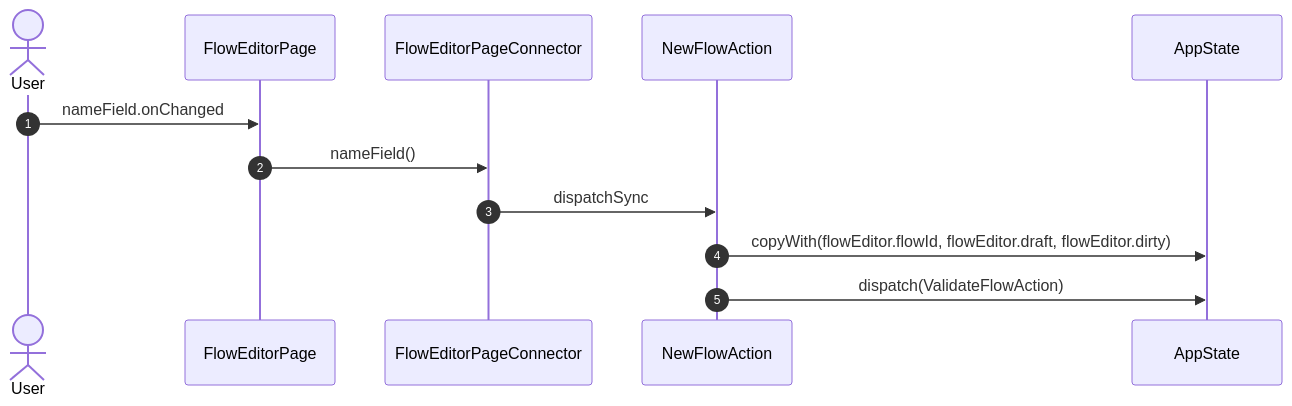
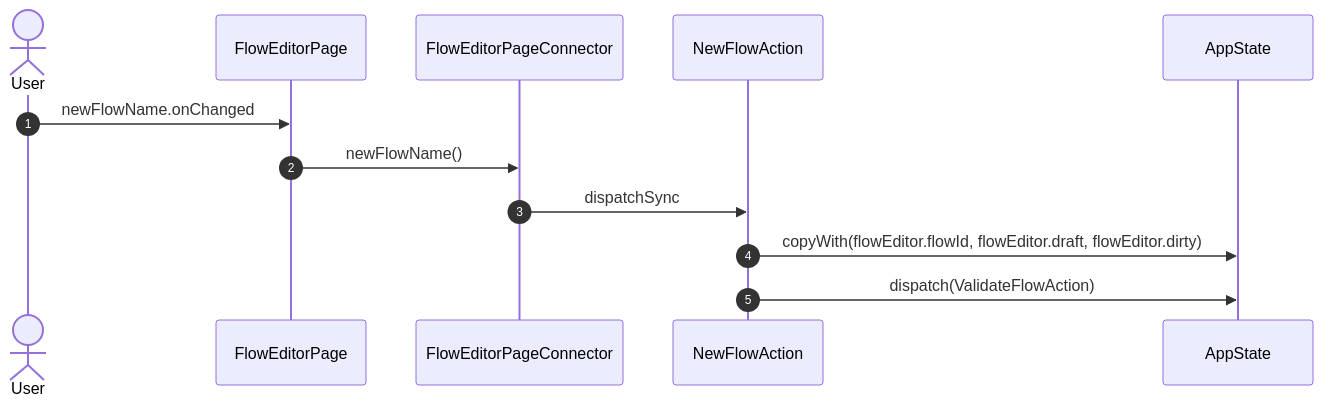
Before and after one commit to gencto/wyrm: the tenth of 31 diagrams in studio/docs/flows/flowEditor.md, drawn with Mermaid. The commit also changed other lines of this file and 28 other files, not shown here.

````diff
--- a/studio/docs/flows/flowEditor.md
+++ b/studio/docs/flows/flowEditor.md
@@ -236,15 +170,15 @@
 ```mermaid
 sequenceDiagram
     autonumber
     actor User
     participant UI as FlowEditorPage
     participant VM as FlowEditorPageConnector
     participant A1 as NewFlowAction
     participant ST as AppState
 
-    User->>UI: nameField.onChanged
-    UI->>VM: nameField()
+    User->>UI: newFlowName.onChanged
+    UI->>VM: newFlowName()
     VM->>A1: dispatchSync
     A1->>ST: copyWith(flowEditor.flowId, flowEditor.draft, flowEditor.dirty)
     A1->>ST: dispatch(ValidateFlowAction)
 ```
````
